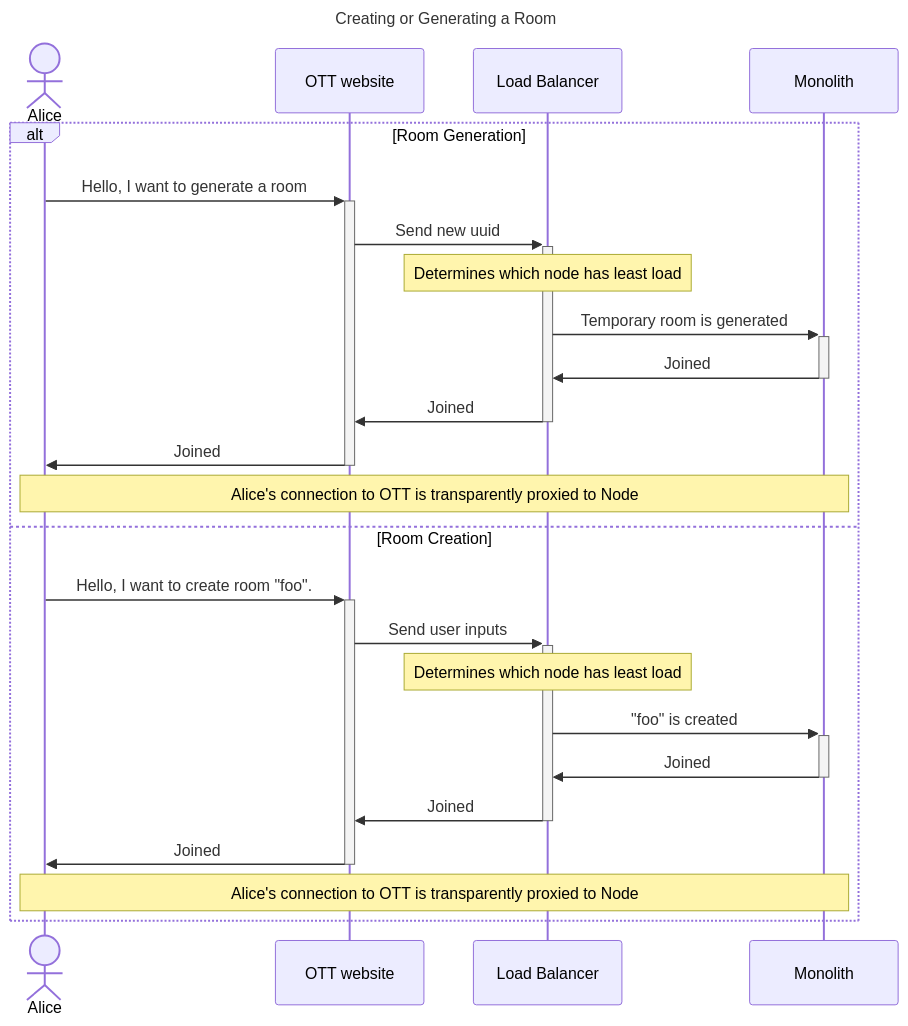
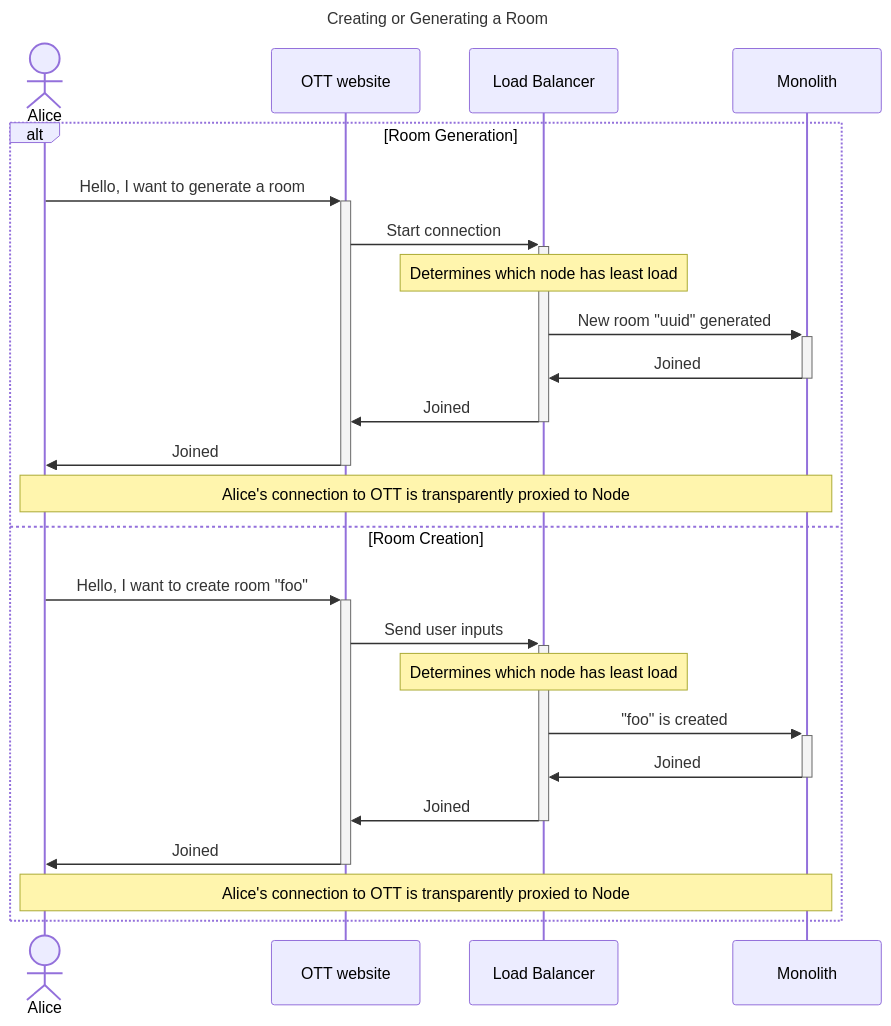
One commit to dyc3/ssw345-group-assignments changed the diagram in final-project/Figures/create-room-diag.mmd. Above: the diagram before and after it, drawn with Mermaid.

Commit message:
edited sequence diagram

```diff
--- a/final-project/Figures/create-room-diag.mmd
+++ b/final-project/Figures/create-room-diag.mmd
@@ -1,27 +1,27 @@
 ---
 title: Creating or Generating a Room
 ---
 sequenceDiagram
     actor Alice
     participant OTT as OTT website
     participant L as Load Balancer
     participant N as Monolith
     alt Room Generation
     Alice->>+OTT: Hello, I want to generate a room
-    OTT->>+L: Send new uuid
+    OTT->>+L: Start connection
     Note over L: Determines which node has least load
-    L->>+N: Temporary room is generated
+    L->>+N: New room "uuid" generated
     N->>-L: Joined
     L->>-OTT: Joined
     OTT->>-Alice: Joined
     Note over Alice,N: Alice's connection to OTT is transparently proxied to Node
     else Room Creation
-    Alice->>+OTT: Hello, I want to create room "foo".
+    Alice->>+OTT: Hello, I want to create room "foo"
     OTT->>+L: Send user inputs
     Note over L: Determines which node has least load
     L->>+N: "foo" is created
     N->>-L: Joined
     L->>-OTT: Joined
     OTT->>-Alice: Joined
     Note over Alice,N: Alice's connection to OTT is transparently proxied to Node
     end
```
